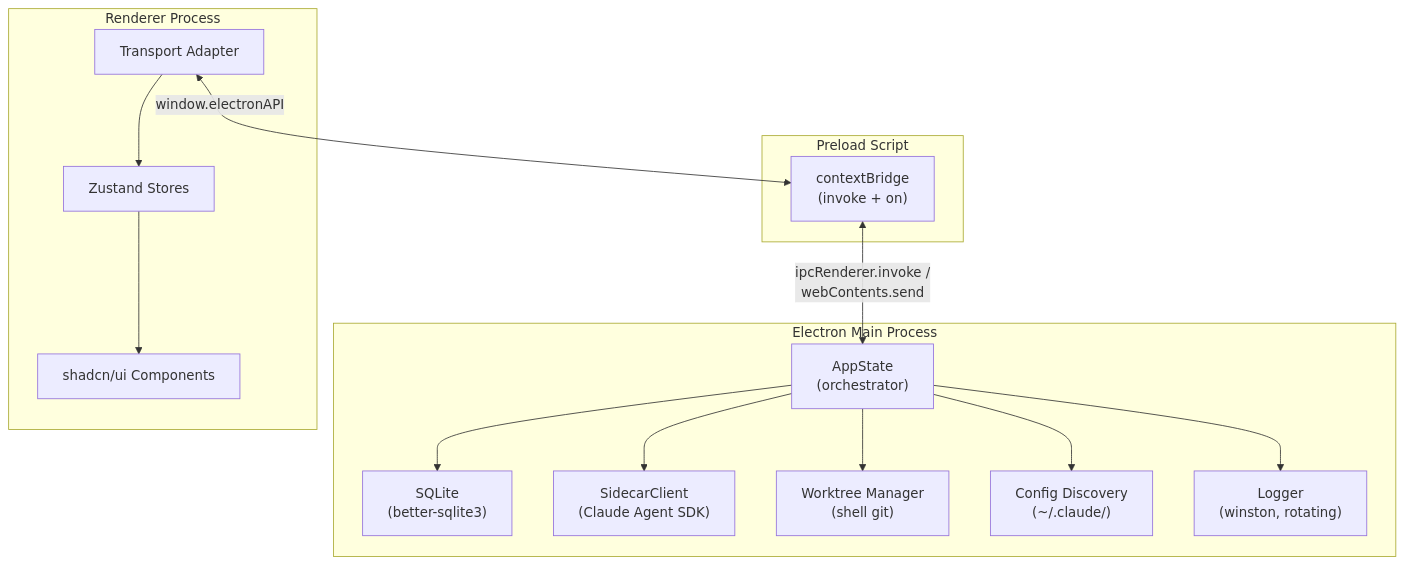
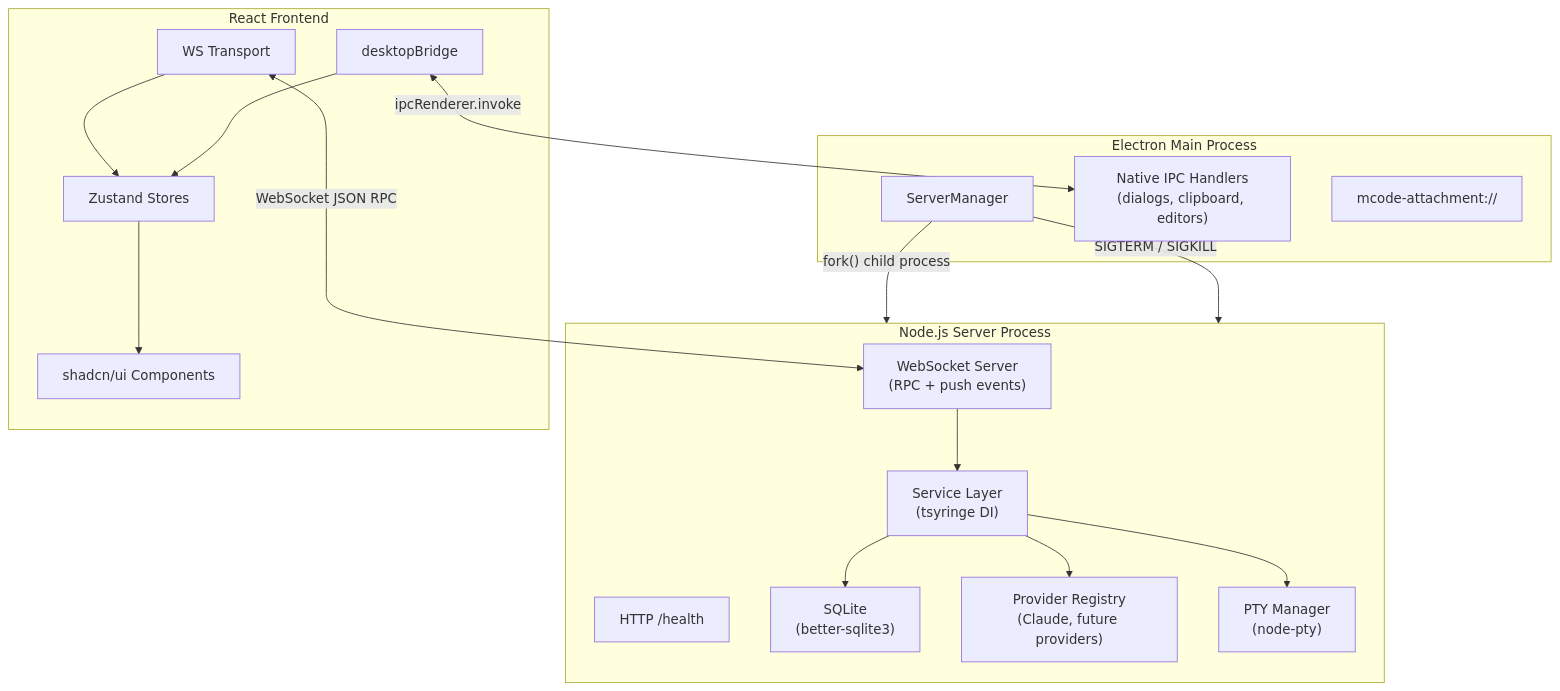
Before and after one commit to Mzeey-Emipre/mcode: the first of 6 diagrams in ARCHITECTURE.md, drawn with Mermaid. The commit also changed other lines of this file and 121 other files, not shown here.

First line of the commit message:
refactor: extract standalone server and replace IPC with WebSocket (#67)

````diff
--- a/ARCHITECTURE.md
+++ b/ARCHITECTURE.md
@@ -22,33 +160,38 @@
 ```mermaid
 graph TB
-    subgraph Main["Electron Main Process"]
-        AppState["AppState<br/>(orchestrator)"]
-        SQLite["SQLite<br/>(better-sqlite3)"]
-        Sidecar["SidecarClient<br/>(Claude Agent SDK)"]
-        Worktree["Worktree Manager<br/>(shell git)"]
-        Config["Config Discovery<br/>(~/.claude/)"]
-        Logger["Logger<br/>(winston, rotating)"]
-
-        AppState --> SQLite
-        AppState --> Sidecar
-        AppState --> Worktree
-        AppState --> Config
-        AppState --> Logger
+    subgraph Desktop["Electron Main Process"]
+        SM["ServerManager"]
+        IPC["Native IPC Handlers<br/>(dialogs, clipboard, editors)"]
+        Proto["mcode-attachment://"]
     end
 
-    subgraph Preload["Preload Script"]
-        Bridge["contextBridge<br/>(invoke + on)"]
+    subgraph Server["Node.js Server Process"]
+        WS["WebSocket Server<br/>(RPC + push events)"]
+        HTTP["HTTP /health"]
+        Services["Service Layer<br/>(tsyringe DI)"]
+        DB["SQLite<br/>(better-sqlite3)"]
+        Providers["Provider Registry<br/>(Claude, future providers)"]
+        PTY["PTY Manager<br/>(node-pty)"]
+
+        WS --> Services
+        Services --> DB
+        Services --> Providers
+        Services --> PTY
     end
 
-    subgraph Renderer["Renderer Process"]
-        Transport["Transport Adapter"]
+    subgraph Renderer["React Frontend"]
+        Transport["WS Transport"]
+        Bridge["desktopBridge"]
         Stores["Zustand Stores"]
         UI["shadcn/ui Components"]
 
         Transport --> Stores
+        Bridge --> Stores
         Stores --> UI
     end
 
-    Bridge <-->|"ipcRenderer.invoke /<br/>webContents.send"| AppState
-    Transport <-->|"window.electronAPI"| Bridge
+    SM -->|"fork() child process"| Server
+    Transport <-->|"WebSocket JSON RPC"| WS
+    Bridge <-->|"ipcRenderer.invoke"| IPC
+    SM -->|"SIGTERM / SIGKILL"| Server
 ```
````
